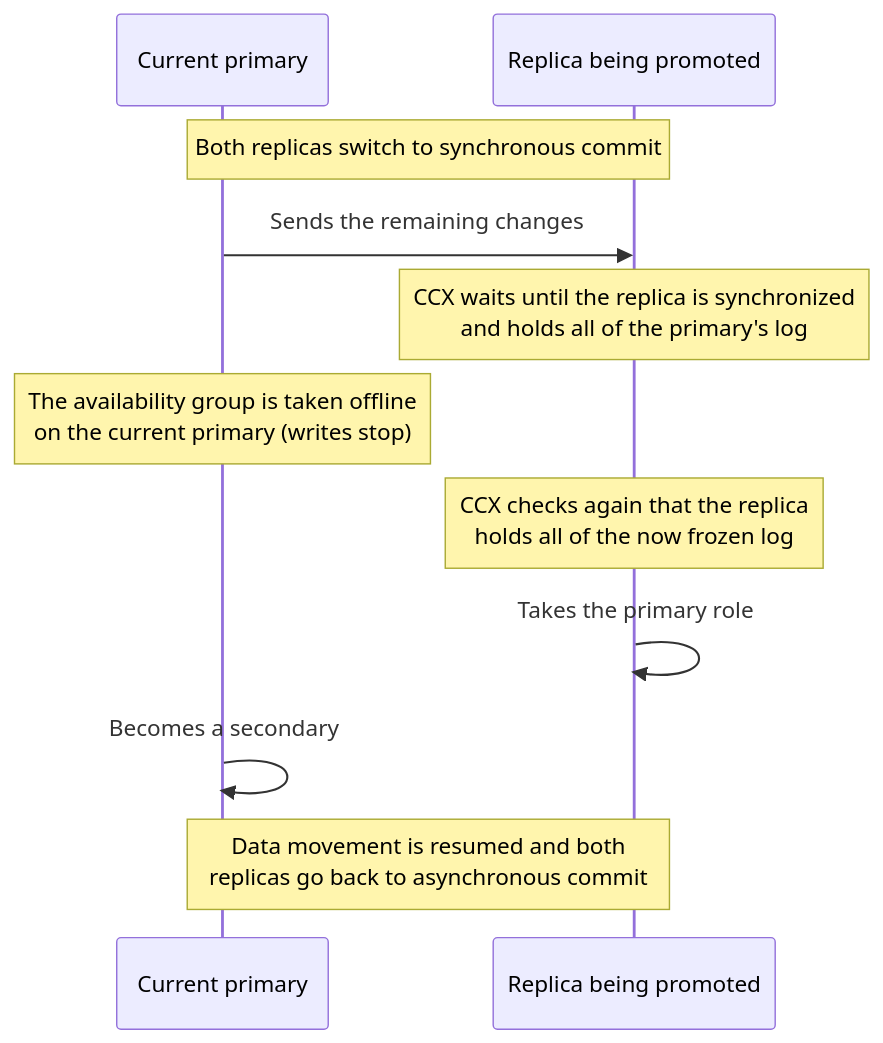
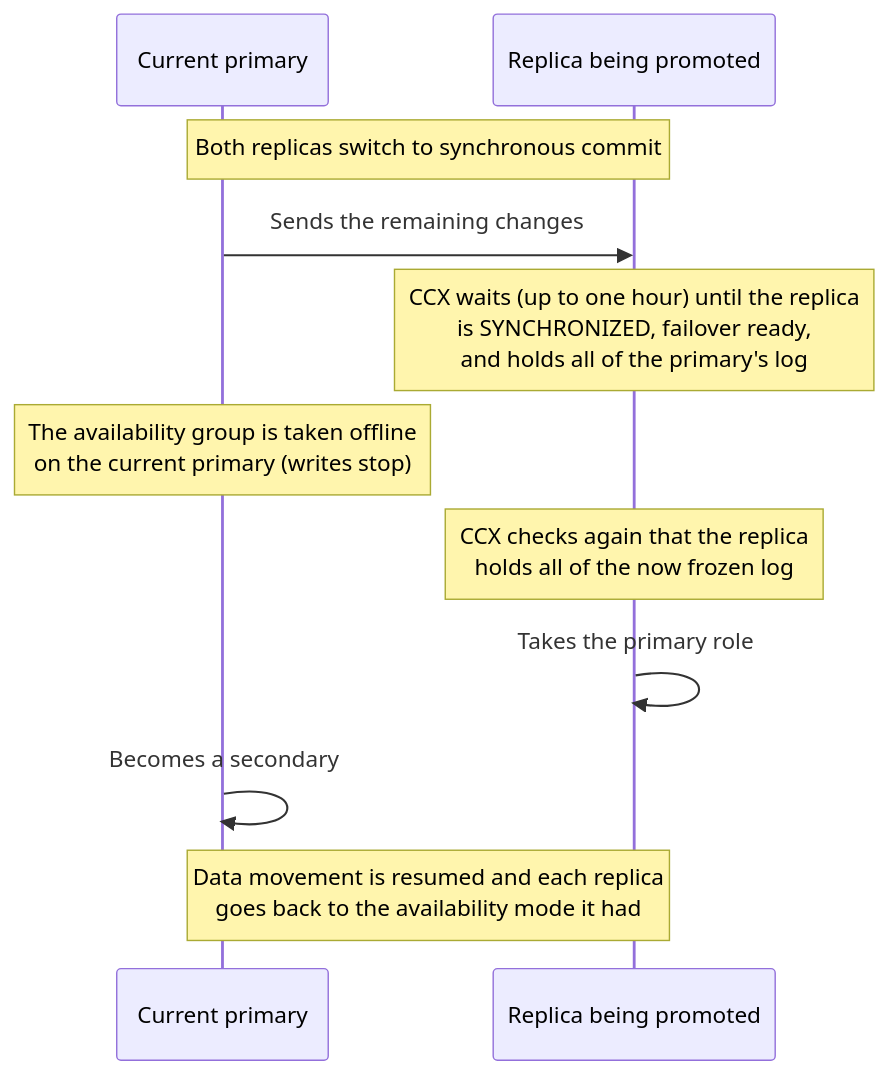
The second of 2 diagrams in docs/user/Reference/Products/MSSQLServer/always-on.md (severalnines/ccx-docs), drawn with Mermaid before and after one commit. The commit also changed other lines of this file and 5 other files, not shown here.

First line of the commit message:
MSSQL pages: state exactly what CCX does with every availability group

````diff
--- a/docs/user/Reference/Products/MSSQLServer/always-on.md
+++ b/docs/user/Reference/Products/MSSQLServer/always-on.md
@@ -130,13 +164,13 @@
 ```mermaid
 sequenceDiagram
     participant P as Current primary
     participant S as Replica being promoted
     Note over P,S: Both replicas switch to synchronous commit
     P->>S: Sends the remaining changes
-    Note over S: CCX waits until the replica is synchronized<br/>and holds all of the primary's log
+    Note over S: CCX waits (up to one hour) until the replica<br/>is SYNCHRONIZED, failover ready,<br/>and holds all of the primary's log
     Note over P: The availability group is taken offline<br/>on the current primary (writes stop)
     Note over S: CCX checks again that the replica<br/>holds all of the now frozen log
     S->>S: Takes the primary role
     P->>P: Becomes a secondary
-    Note over P,S: Data movement is resumed and both<br/>replicas go back to asynchronous commit
+    Note over P,S: Data movement is resumed and each replica<br/>goes back to the availability mode it had
 ```
````
